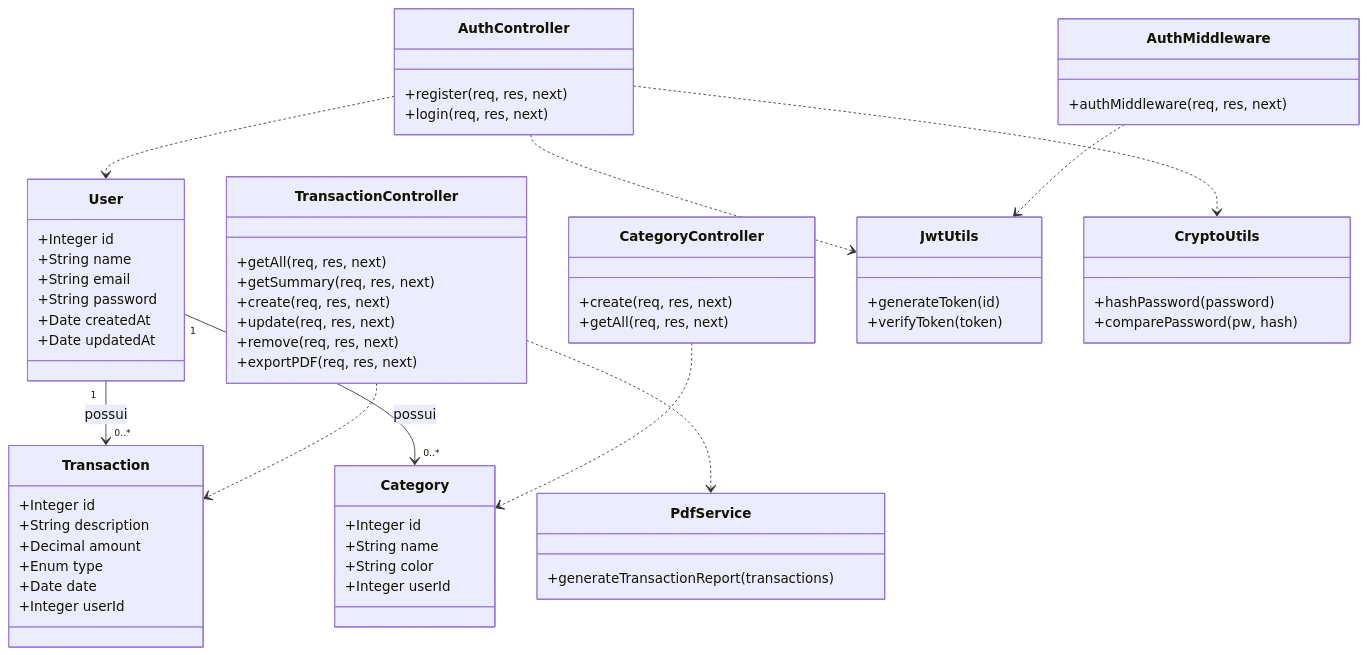
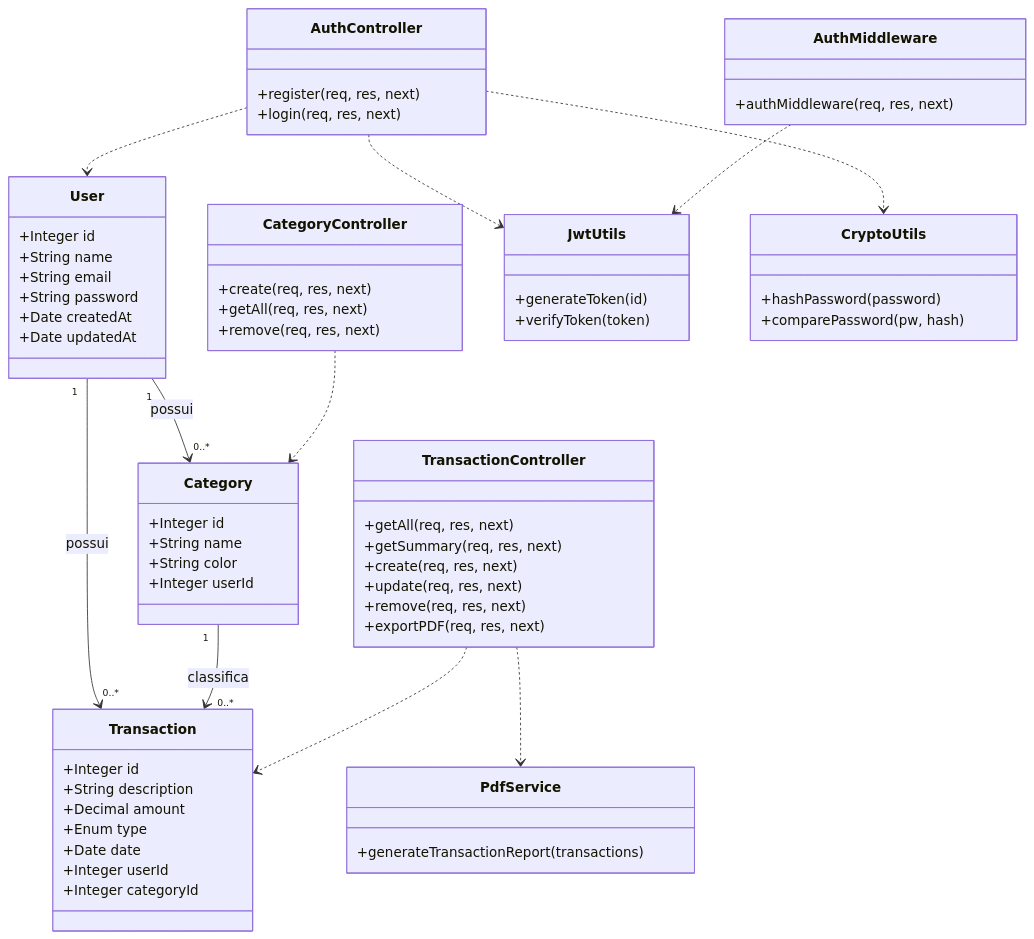
One commit to Beloeser/EngSoftware01_FinancasPessoais changed the second of 3 diagrams in DIAGRAMAS_UML.md. Above: the diagram before and after it, drawn with Mermaid. The commit also changed other lines of this file and 23 other files, not shown here.

````diff
--- a/DIAGRAMAS_UML.md
+++ b/DIAGRAMAS_UML.md
@@ -62,74 +60,77 @@
 ```mermaid
 classDiagram
     class User {
         +Integer id
         +String name
         +String email
         +String password
         +Date createdAt
         +Date updatedAt
     }
 
     class Transaction {
         +Integer id
         +String description
         +Decimal amount
         +Enum type
         +Date date
         +Integer userId
+        +Integer categoryId
     }
 
     class Category {
         +Integer id
         +String name
         +String color
         +Integer userId
     }
 
     class AuthController {
         +register(req, res, next)
         +login(req, res, next)
     }
 
     class TransactionController {
         +getAll(req, res, next)
         +getSummary(req, res, next)
         +create(req, res, next)
         +update(req, res, next)
         +remove(req, res, next)
         +exportPDF(req, res, next)
     }
 
     class CategoryController {
         +create(req, res, next)
         +getAll(req, res, next)
+        +remove(req, res, next)
     }
 
     class PdfService {
         +generateTransactionReport(transactions)
     }
 
     class AuthMiddleware {
         +authMiddleware(req, res, next)
     }
 
     class JwtUtils {
         +generateToken(id)
         +verifyToken(token)
     }
 
     class CryptoUtils {
         +hashPassword(password)
         +comparePassword(pw, hash)
     }
 
     User "1" --> "0..*" Transaction : possui
     User "1" --> "0..*" Category : possui
+    Category "1" --> "0..*" Transaction : classifica
     AuthController ..> User
     AuthController ..> JwtUtils
     AuthController ..> CryptoUtils
     TransactionController ..> Transaction
     TransactionController ..> PdfService
     CategoryController ..> Category
     AuthMiddleware ..> JwtUtils
 ```
````
